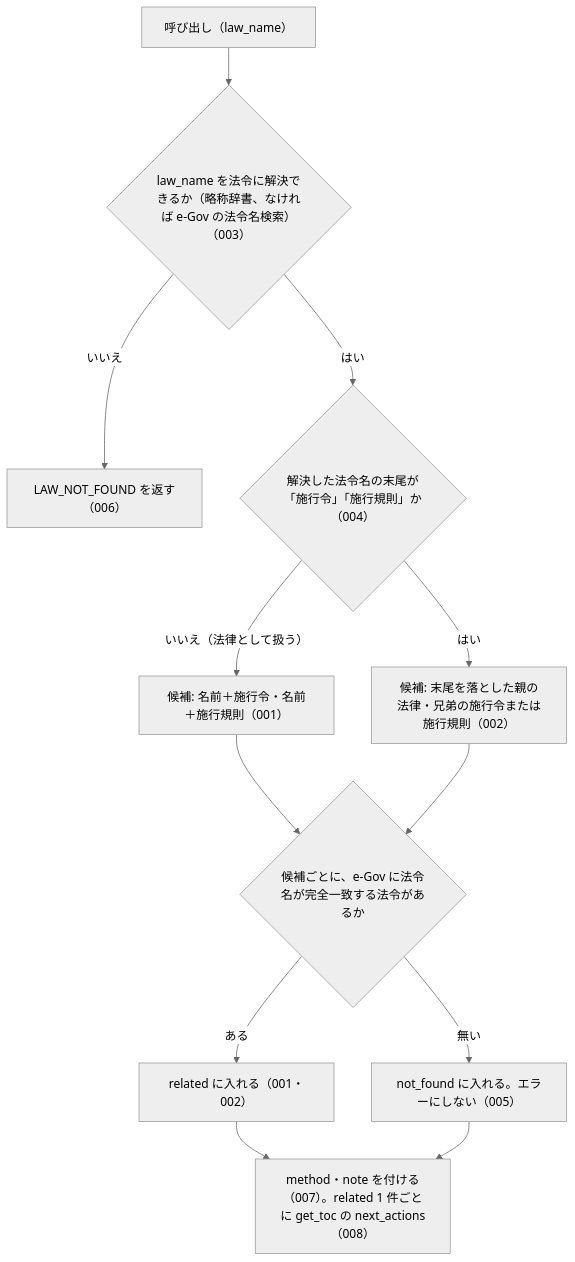
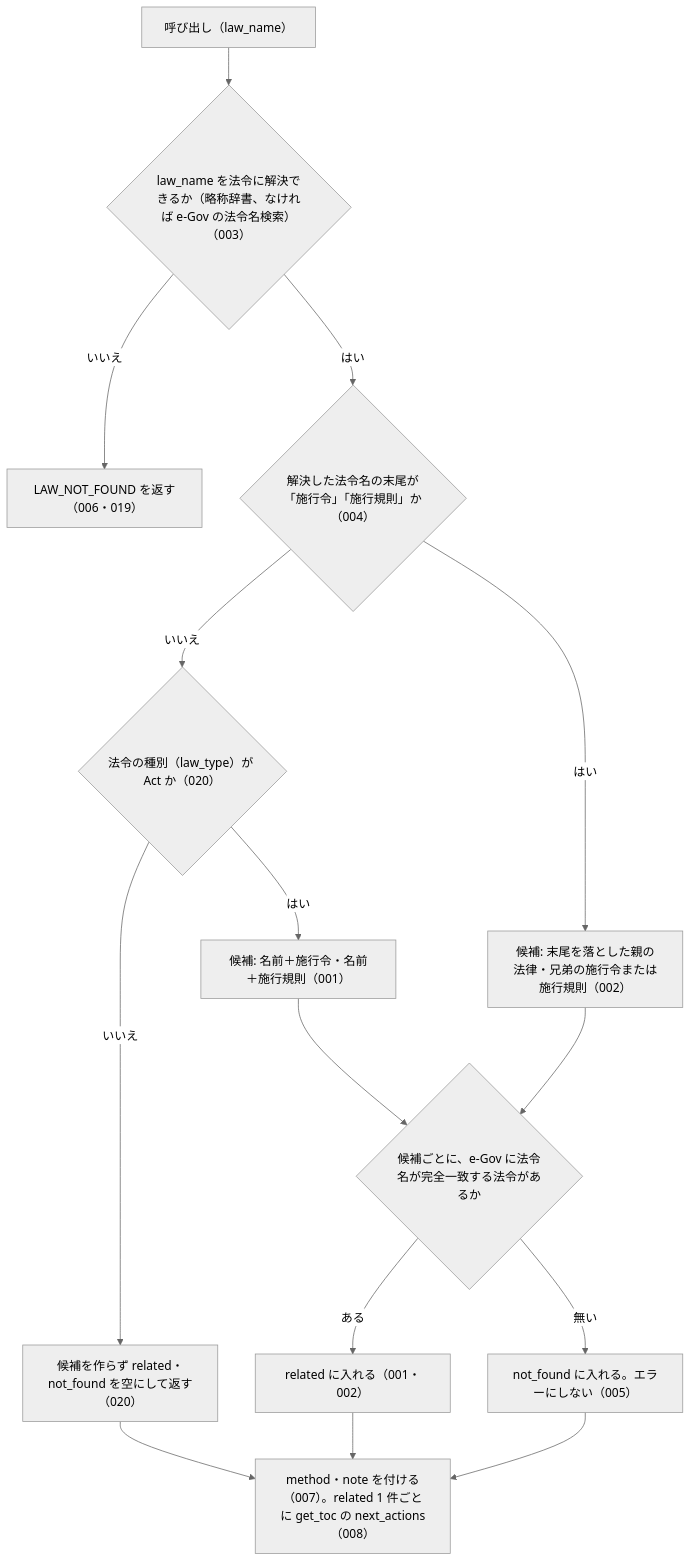
One commit to shuji-bonji/houki-egov-mcp changed the diagram in specs/current/get_related_laws/spec.md. Above: the diagram before and after it, drawn with Mermaid (neutral theme). The commit also changed other lines of this file and 35 other files, not shown here.

````diff
--- a/specs/current/get_related_laws/spec.md
+++ b/specs/current/get_related_laws/spec.md
@@ -26,14 +26,17 @@
 ```mermaid
 flowchart TD
   A["呼び出し（law_name）"] --> B{"law_name を法令に解決できるか（略称辞書、なければ e-Gov の法令名検索）（003）"}
-  B -- いいえ --> E1["LAW_NOT_FOUND を返す（006）"]
+  B -- いいえ --> E1["LAW_NOT_FOUND を返す（006・019）"]
   B -- はい --> C{"解決した法令名の末尾が「施行令」「施行規則」か（004）"}
-  C -- "いいえ（法律として扱う）" --> D1["候補: 名前＋施行令・名前＋施行規則（001）"]
+  C -- いいえ --> C2{"法令の種別（law_type）が Act か（020）"}
+  C2 -- はい --> D1["候補: 名前＋施行令・名前＋施行規則（001）"]
+  C2 -- いいえ --> N["候補を作らず related・not_found を空にして返す（020）"]
+  N --> J
   C -- はい --> D2["候補: 末尾を落とした親の法律・兄弟の施行令または施行規則（002）"]
   D1 --> F{"候補ごとに、e-Gov に法令名が完全一致する法令があるか"}
   D2 --> F
   F -- ある --> G["related に入れる（001・002）"]
   F -- 無い --> H["not_found に入れる。エラーにしない（005）"]
   G --> J["method・note を付ける（007）。related 1 件ごとに get_toc の next_actions（008）"]
   H --> J
 ```
````
